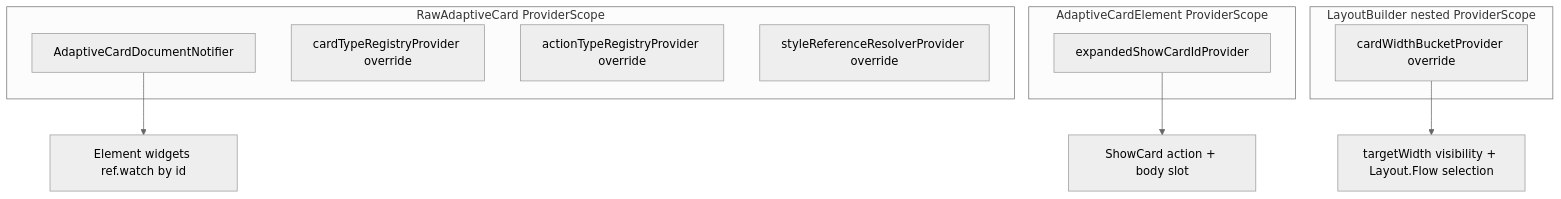
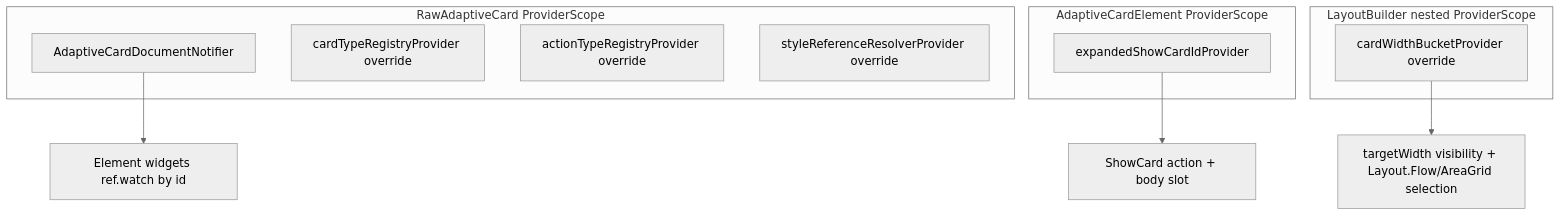
Before and after one commit to freemansoft/Flutter-AdaptiveCards: the first of 3 diagrams in docs/reactive-riverpod.md, drawn with Mermaid (neutral theme). The commit also changed other lines of this file and 32 other files, not shown here.

````diff
--- a/docs/reactive-riverpod.md
+++ b/docs/reactive-riverpod.md
@@ -31,18 +31,18 @@
 ```mermaid
 flowchart TB
   subgraph rawCardScope [RawAdaptiveCard ProviderScope]
     doc[AdaptiveCardDocumentNotifier]
     reg[cardTypeRegistryProvider override]
     actions[actionTypeRegistryProvider override]
     resolver[styleReferenceResolverProvider override]
   end
   subgraph elementScope [AdaptiveCardElement ProviderScope]
     show[expandedShowCardIdProvider]
   end
   subgraph widthScope [LayoutBuilder nested ProviderScope]
     bucket[cardWidthBucketProvider override]
   end
   doc --> elem[Element widgets ref.watch by id]
   show --> showUi[ShowCard action + body slot]
-  bucket --> respon[targetWidth visibility + Layout.Flow selection]
+  bucket --> respon[targetWidth visibility + Layout.Flow/AreaGrid selection]
 ```
````
